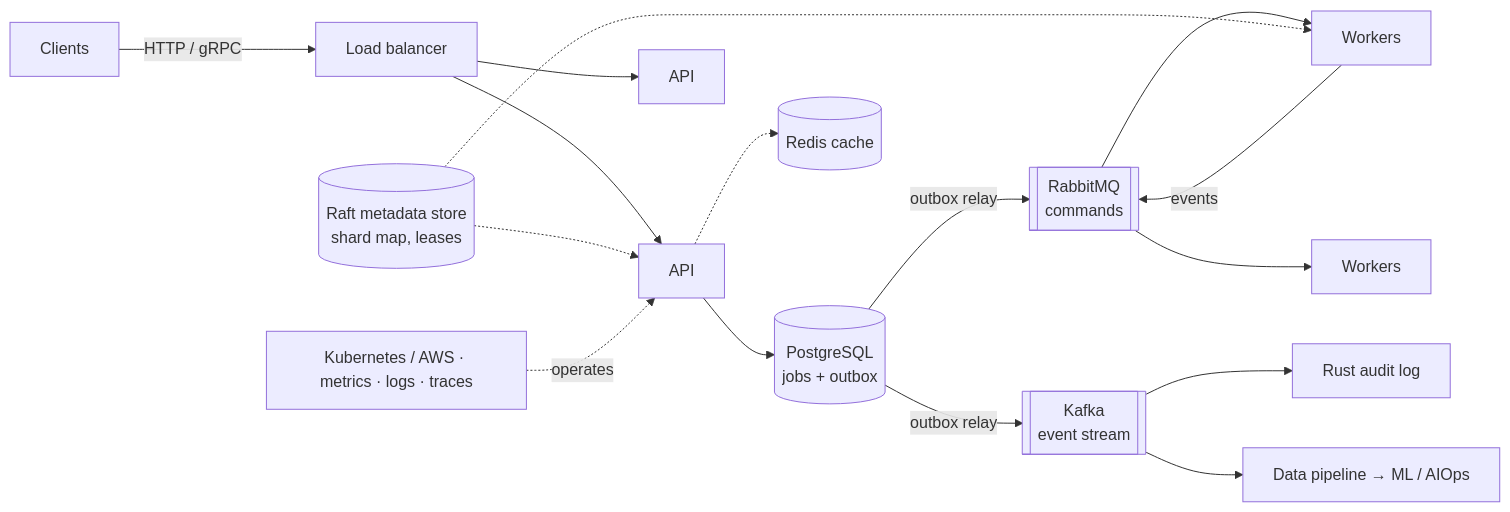
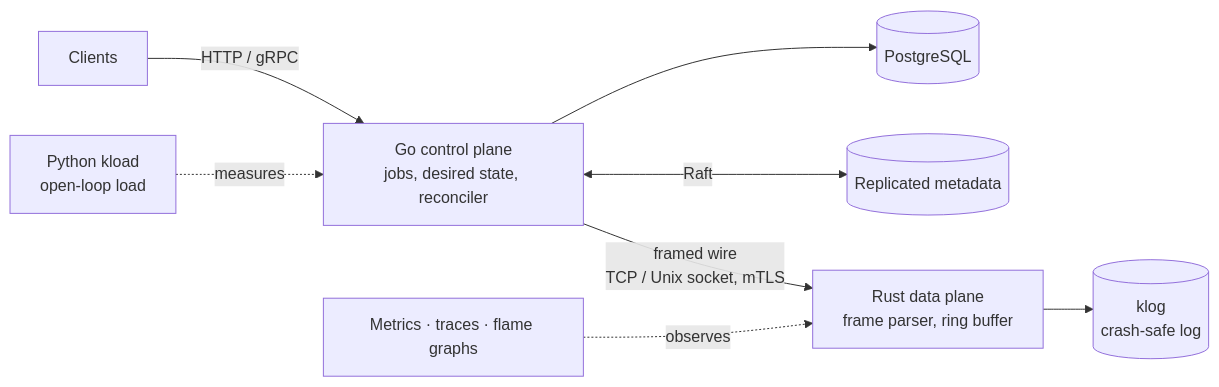
Before and after one commit to nickemma/Nicholas-Engineering-Blueprint: the diagram in JOURNEY.md, drawn with Mermaid. The commit also changed other lines of this file and 1830 other files, not shown here.

```diff
--- a/JOURNEY.md
+++ b/JOURNEY.md
@@ -58,18 +61,10 @@
 ~~~mermaid
 flowchart LR
-    C[Clients] -- HTTP / gRPC --> LB[Load balancer]
-    LB --> API1[API]
-    LB --> API2[API]
-    API1 --> PG[(PostgreSQL<br/>jobs + outbox)]
-    API1 -.-> R[(Redis cache)]
-    PG -- outbox relay --> MQ[[RabbitMQ<br/>commands]]
-    PG -- outbox relay --> K[[Kafka<br/>event stream]]
-    MQ --> W1[Workers]
-    MQ --> W2[Workers]
-    W1 -- events --> MQ
-    K --> AUD[Rust audit log]
-    K --> DP[Data pipeline → ML / AIOps]
-    META[(Raft metadata store<br/>shard map, leases)] -.-> API1
-    META -.-> W1
-    OBS[Kubernetes / AWS · metrics · logs · traces] -. operates .-> API1
+    C[Clients] -- HTTP / gRPC --> CP[Go control plane<br/>jobs, desired state, reconciler]
+    CP --> PG[(PostgreSQL)]
+    CP <-- Raft --> META[(Replicated metadata)]
+    CP -- framed wire<br/>TCP / Unix socket, mTLS --> DP[Rust data plane<br/>frame parser, ring buffer]
+    DP --> LOG[(klog<br/>crash-safe log)]
+    K[Python kload<br/>open-loop load] -. measures .-> CP
+    OBS[Metrics · traces · flame graphs] -. observes .-> DP
 ~~~
```
